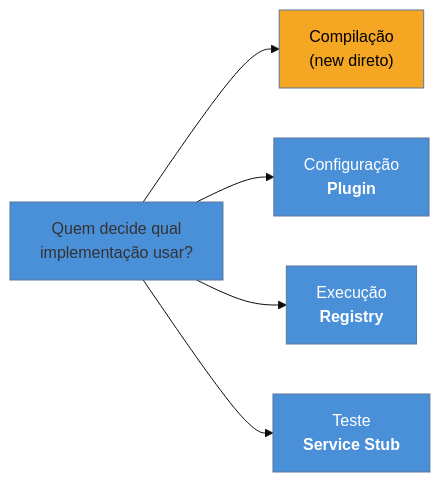
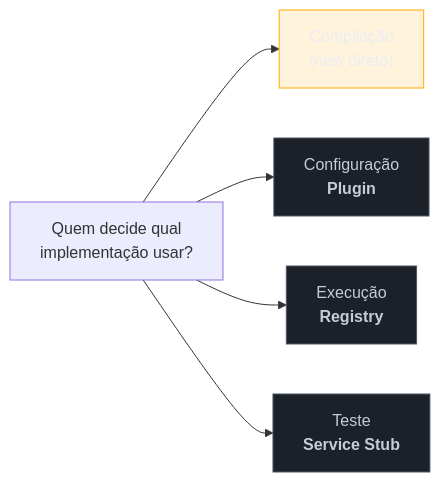
Before and after one commit to josenaldo/codex-technomanticus: the diagram in 03-Dominios/Engenharia/Design de Software/Padrões de Projeto/Aplicação Corporativa/12 - Registry + Plugin + Service Stub.md, drawn with Mermaid. The commit also changed 1181 other files, not shown here.

First line of the commit message:
fix(diagramas): paleta do sistema no lugar de cor cravada no markdown

````diff
--- a/03-Dominios/Engenharia/Design de Software/Padrões de Projeto/Aplicação Corporativa/12 - Registry + Plugin + Service Stub.md
+++ b/03-Dominios/Engenharia/Design de Software/Padrões de Projeto/Aplicação Corporativa/12 - Registry + Plugin + Service Stub.md
@@ -47,13 +47,14 @@
 ```mermaid
-%%{init: {"theme": "base", "themeVariables": {"primaryColor": "#4A90D9"}}}%%
 graph LR
+    classDef destaque fill:#FFAA0024,stroke:#FFAA00,color:#E9ECF2
+    classDef neutro fill:#1B2029,stroke:#4E5666,color:#C6CCD8
     Q["Quem decide qual<br/>implementação usar?"] --> A["Compilação<br/>(new direto)"]
     Q --> B["Configuração<br/><b>Plugin</b>"]
     Q --> C["Execução<br/><b>Registry</b>"]
     Q --> D["Teste<br/><b>Service Stub</b>"]
 
-    style A fill:#F5A623,color:#000
-    style B fill:#4A90D9,color:#fff
-    style C fill:#4A90D9,color:#fff
-    style D fill:#4A90D9,color:#fff
+    class A destaque
+    class B neutro
+    class C neutro
+    class D neutro
 ```
````
